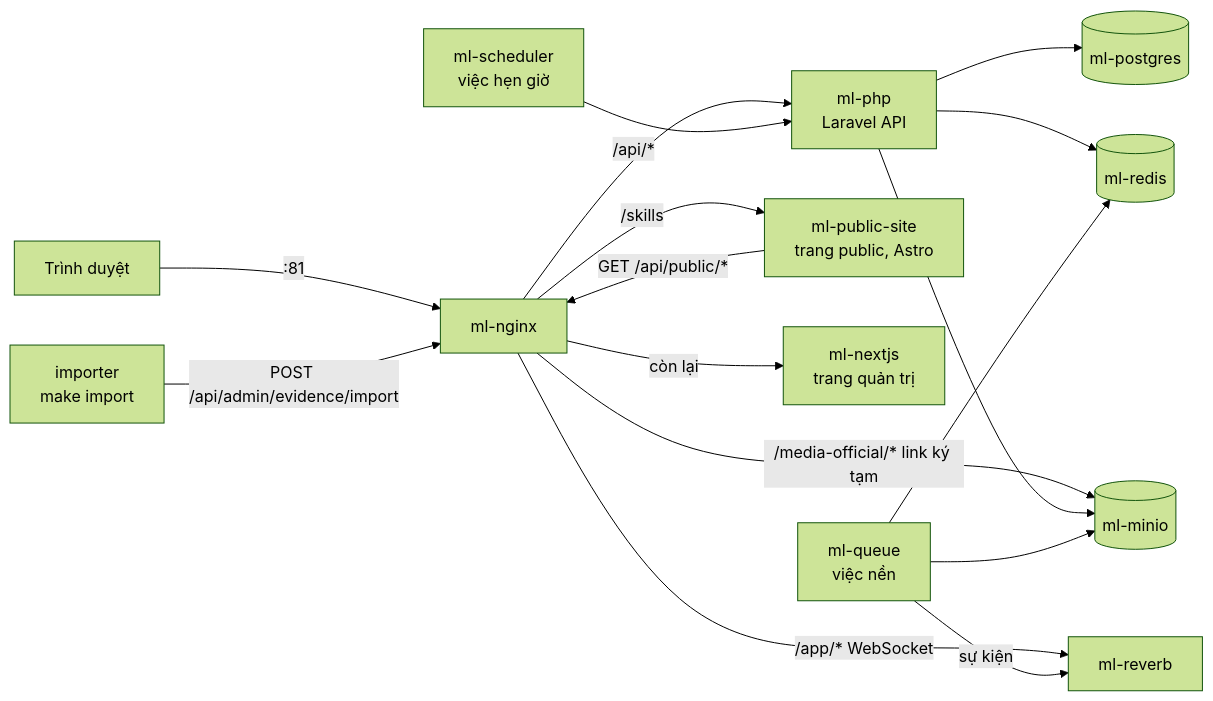
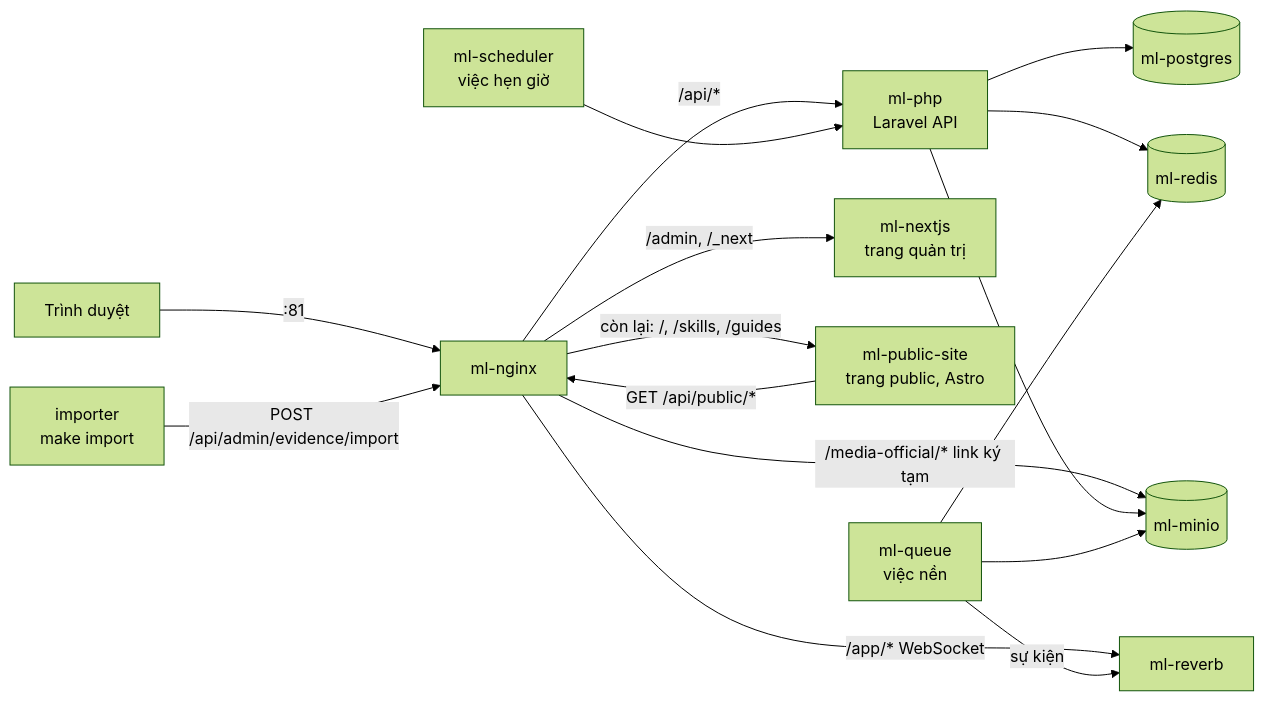
Before and after one commit to VinhDV-MCWAI/second_memory: the first of 2 diagrams in docs/architecture/current.md, drawn with Mermaid (forest theme). The commit also changed other lines of this file and 74 other files, not shown here.

Commit message:
feat(public-site): public site at the root with a home page of categories and article pages; admin app under /admin (ADR-0021)

````diff
--- a/docs/architecture/current.md
+++ b/docs/architecture/current.md
@@ -7,18 +7,18 @@
 ```mermaid
 flowchart LR
     B[Trình duyệt] -->|:81| N[ml-nginx]
     N -->|/api/*| P[ml-php<br/>Laravel API]
     N -->|/app/* WebSocket| R2[ml-reverb]
     N -->|/media-official/* link ký tạm| M[(ml-minio)]
-    N -->|/skills| D[ml-public-site<br/>trang public, Astro]
-    N -->|còn lại| F[ml-nextjs<br/>trang quản trị]
+    N -->|/admin, /_next| F[ml-nextjs<br/>trang quản trị]
+    N -->|còn lại: /, /skills, /guides| D[ml-public-site<br/>trang public, Astro]
     D -->|GET /api/public/*| N
     P --> PG[(ml-postgres)]
     P --> R[(ml-redis)]
     P --> M
     Q[ml-queue<br/>việc nền] --> R
     Q --> M
     S[ml-scheduler<br/>việc hẹn giờ] --> P
     Q -->|sự kiện| R2
     I[importer<br/>make import] -->|POST /api/admin/evidence/import| N
 ```
````
